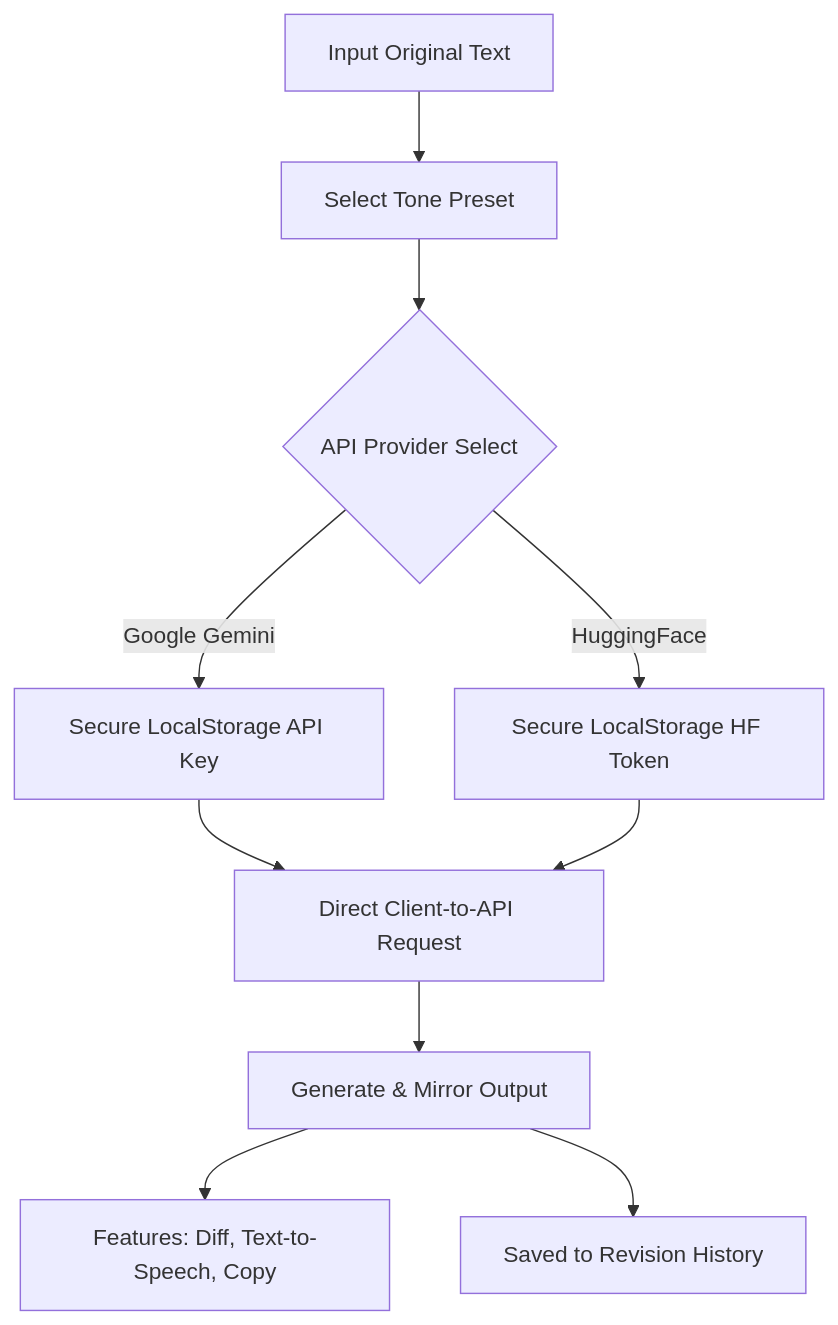
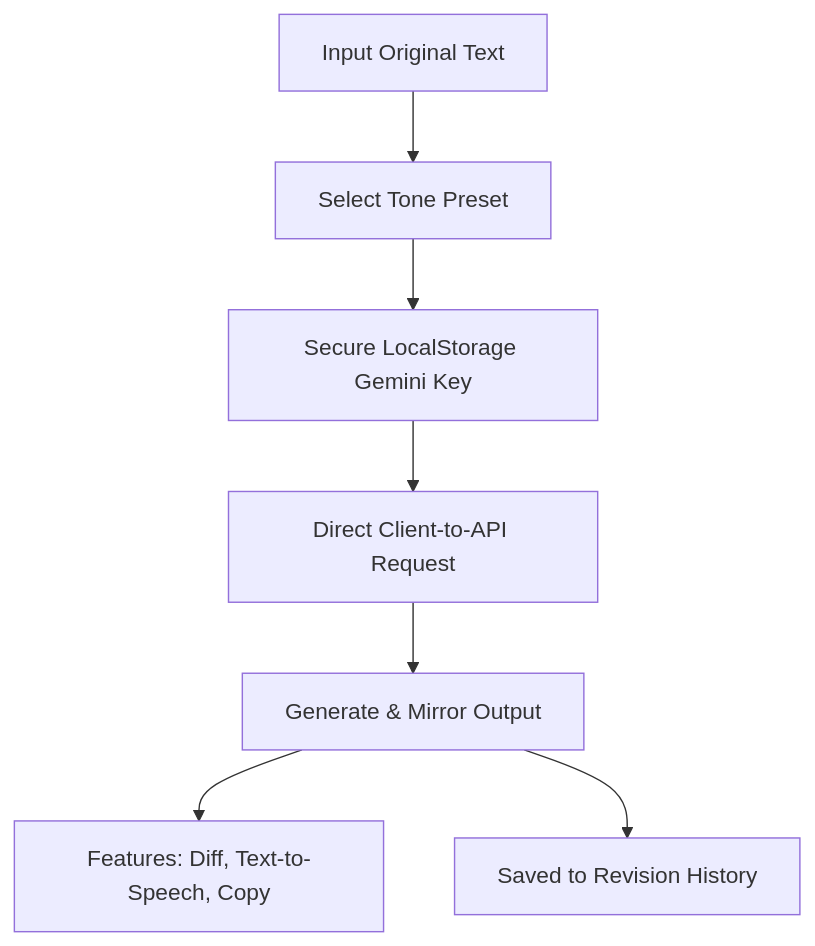
One commit to mahdialaaaldin/codesavvy-ai-web changed the diagram in README.md. Above: the diagram before and after it, drawn with Mermaid. The commit also changed other lines of this file and 1 other file, not shown here.

Commit message:
Refactor AI provider selection and remove HuggingFace support for streamlined functionality

````diff
--- a/README.md
+++ b/README.md
@@ -55,12 +53,9 @@
 ```mermaid
 graph TD
     A[Input Original Text] --> B[Select Tone Preset]
-    B --> C{API Provider Select}
-    C -->|Google Gemini| D[Secure LocalStorage API Key]
-    C -->|HuggingFace| E[Secure LocalStorage HF Token]
-    D --> F[Direct Client-to-API Request]
-    E --> F
-    F --> G[Generate & Mirror Output]
-    G --> H[Features: Diff, Text-to-Speech, Copy]
-    G --> I[Saved to Revision History]
+    B --> C[Secure LocalStorage Gemini Key]
+    C --> D[Direct Client-to-API Request]
+    D --> E[Generate & Mirror Output]
+    E --> F[Features: Diff, Text-to-Speech, Copy]
+    E --> G[Saved to Revision History]
 ```
````
